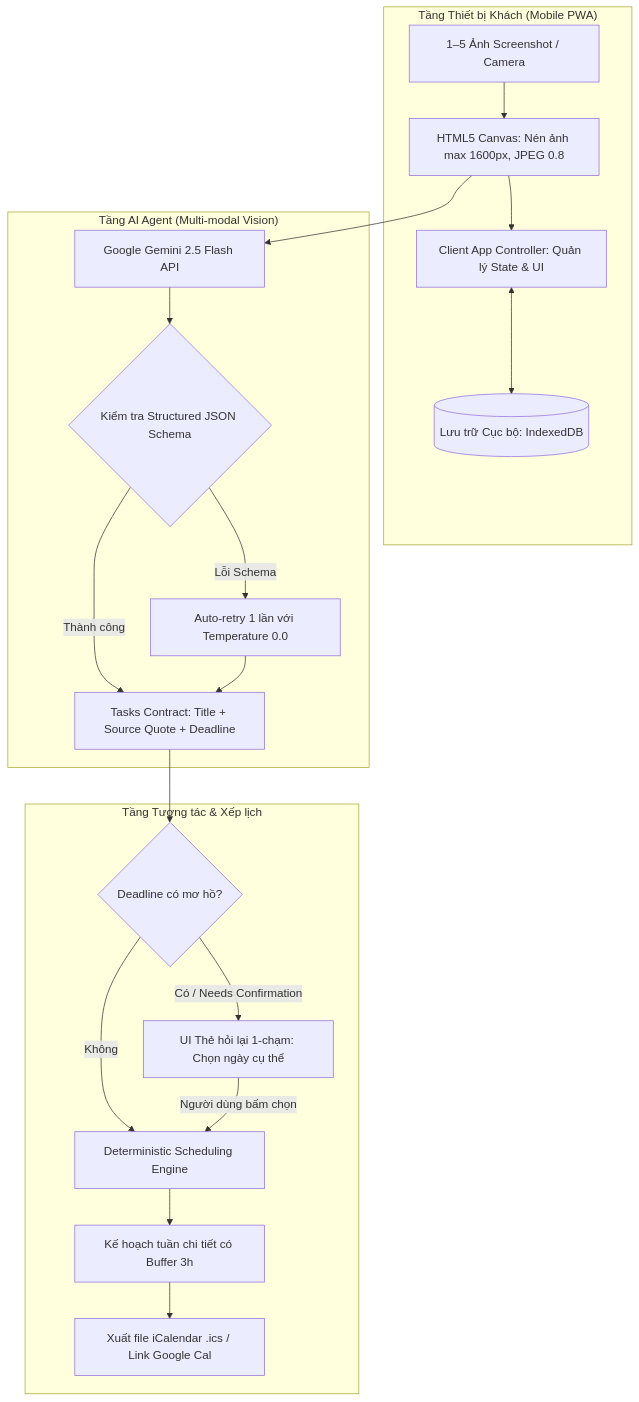
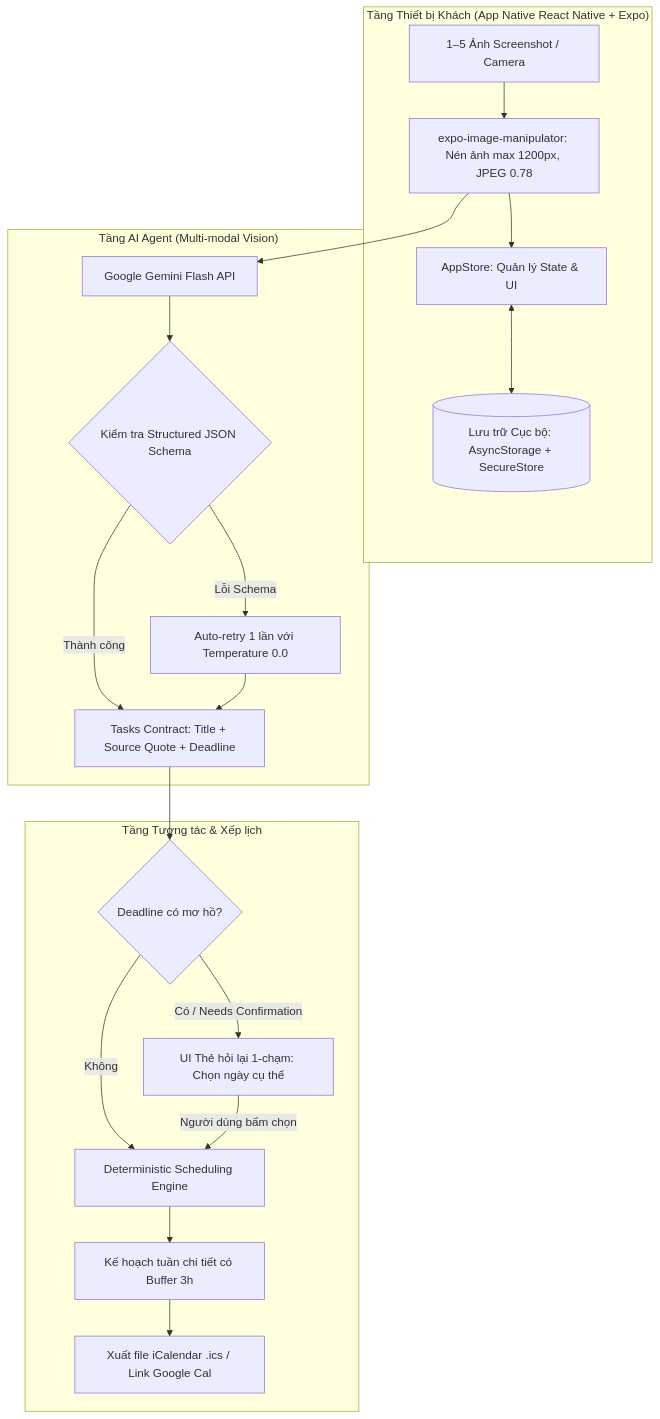
One commit to Lucvuu/plansnap-codex-hackathon changed the diagram in docs/01_PRD.md. Above: the diagram before and after it, drawn with Mermaid. The commit also changed other lines of this file and 13 other files, not shown here.

First line of the commit message:
docs: switch plan from PWA to native Expo app (DEC-08)

````diff
--- a/docs/01_PRD.md
+++ b/docs/01_PRD.md
@@ -130,25 +130,25 @@
 ```mermaid
 flowchart TD
-    subgraph CLIENT_LAYER["Tầng Thiết bị Khách (Mobile PWA)"]
-        A[1–5 Ảnh Screenshot / Camera] --> B[HTML5 Canvas: Nén ảnh max 1600px, JPEG 0.8]
-        B --> C[Client App Controller: Quản lý State & UI]
-        C <--> DB[(Lưu trữ Cục bộ: IndexedDB)]
+    subgraph CLIENT_LAYER["Tầng Thiết bị Khách (App Native React Native + Expo)"]
+        A[1–5 Ảnh Screenshot / Camera] --> B[expo-image-manipulator: Nén ảnh max 1200px, JPEG 0.78]
+        B --> C[AppStore: Quản lý State & UI]
+        C <--> DB[(Lưu trữ Cục bộ: AsyncStorage + SecureStore)]
     end
 
     subgraph AI_LAYER["Tầng AI Agent (Multi-modal Vision)"]
-        B --> D[Google Gemini 2.5 Flash API]
+        B --> D[Google Gemini Flash API]
         D --> E{Kiểm tra Structured JSON Schema}
         E -->|Thành công| F[Tasks Contract: Title + Source Quote + Deadline]
         E -->|Lỗi Schema| G[Auto-retry 1 lần với Temperature 0.0]
         G --> F
     end
 
     subgraph INTERACTION_LAYER["Tầng Tương tác & Xếp lịch"]
         F --> H{Deadline có mơ hồ?}
         H -->|Có / Needs Confirmation| I[UI Thẻ hỏi lại 1-chạm: Chọn ngày cụ thể]
         H -->|Không| J[Deterministic Scheduling Engine]
         I -->|Người dùng bấm chọn| J
         J --> K[Kế hoạch tuần chi tiết có Buffer 3h]
         K --> L[Xuất file iCalendar .ics / Link Google Cal]
     end
 ```
````
